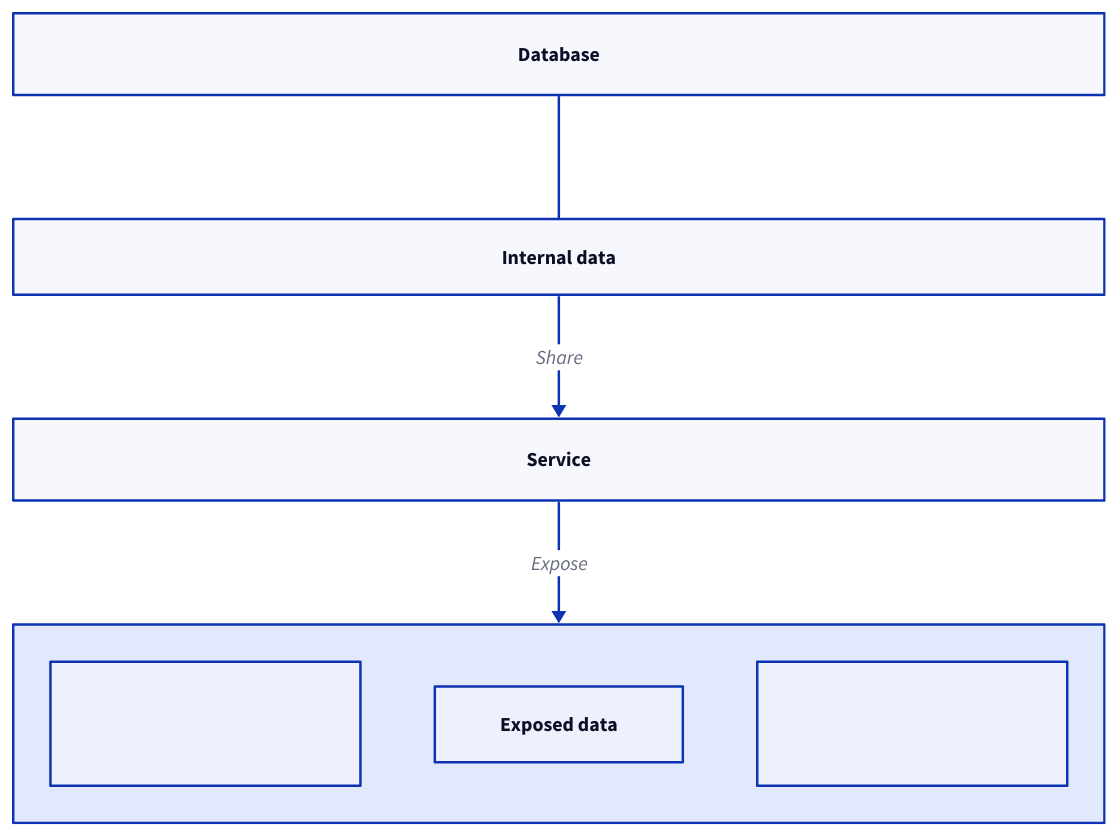
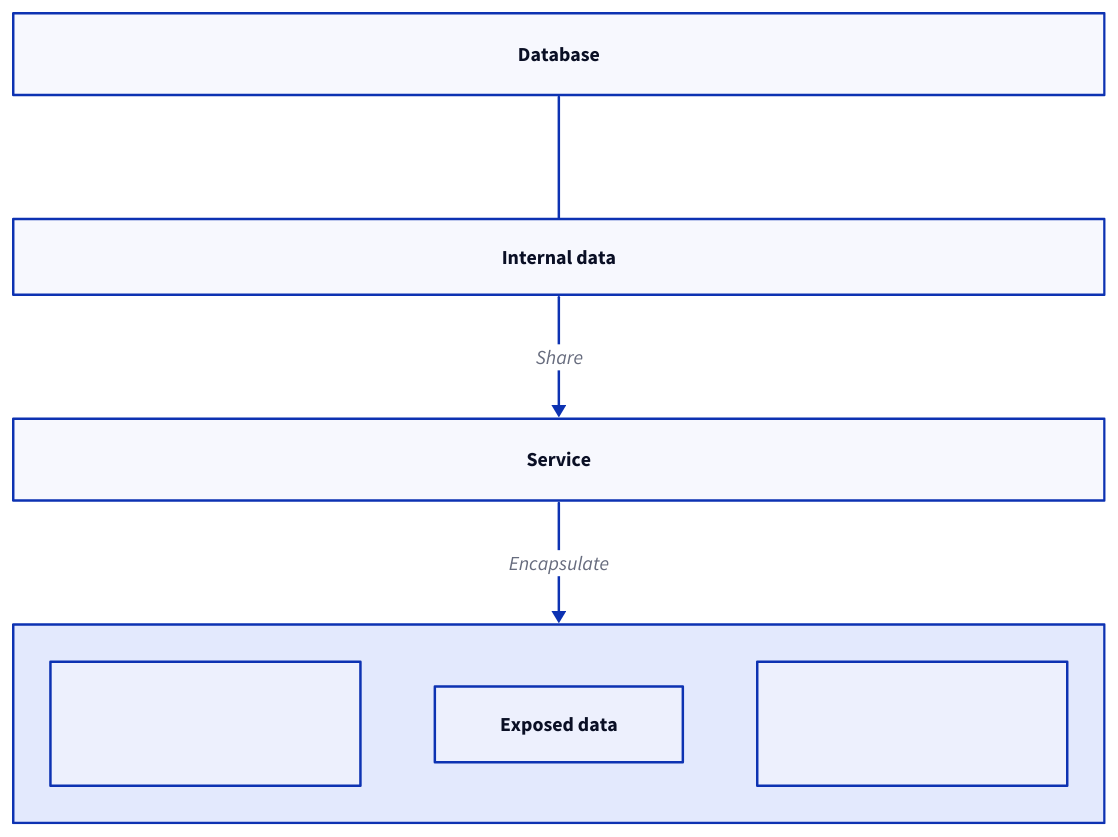
One commit to link1905/system-design-101 changed the third of 16 diagrams in content/docs/design-patterns/event-driven-architecture/event-sourcing.md. Above: the diagram before and after it, drawn with D2. The commit also changed other lines of this file and 12 other files, not shown here.

````diff
--- a/content/docs/design-patterns/event-driven-architecture/event-sourcing.md
+++ b/content/docs/design-patterns/event-driven-architecture/event-sourcing.md
@@ -75,30 +77,30 @@
 ```d2
 grid-columns: 1
 vertical-gap: 100
 d: Database {
     class: db
 }
 d1: Internal data {
     width: 700
 }
 s: Service {
     class: server
 }
 d2: "" {
     class: none
     e1: "" {
         class: none
         width: 250
     }
     "Exposed data" {
         width: 200
     }
     e2: "" {
         class: none
         width: 250
     }
 }
 d -- d1
 d1 -> s: Share
-s -> d2: Expose
+s -> d2: Encapsulate
 ```
````
